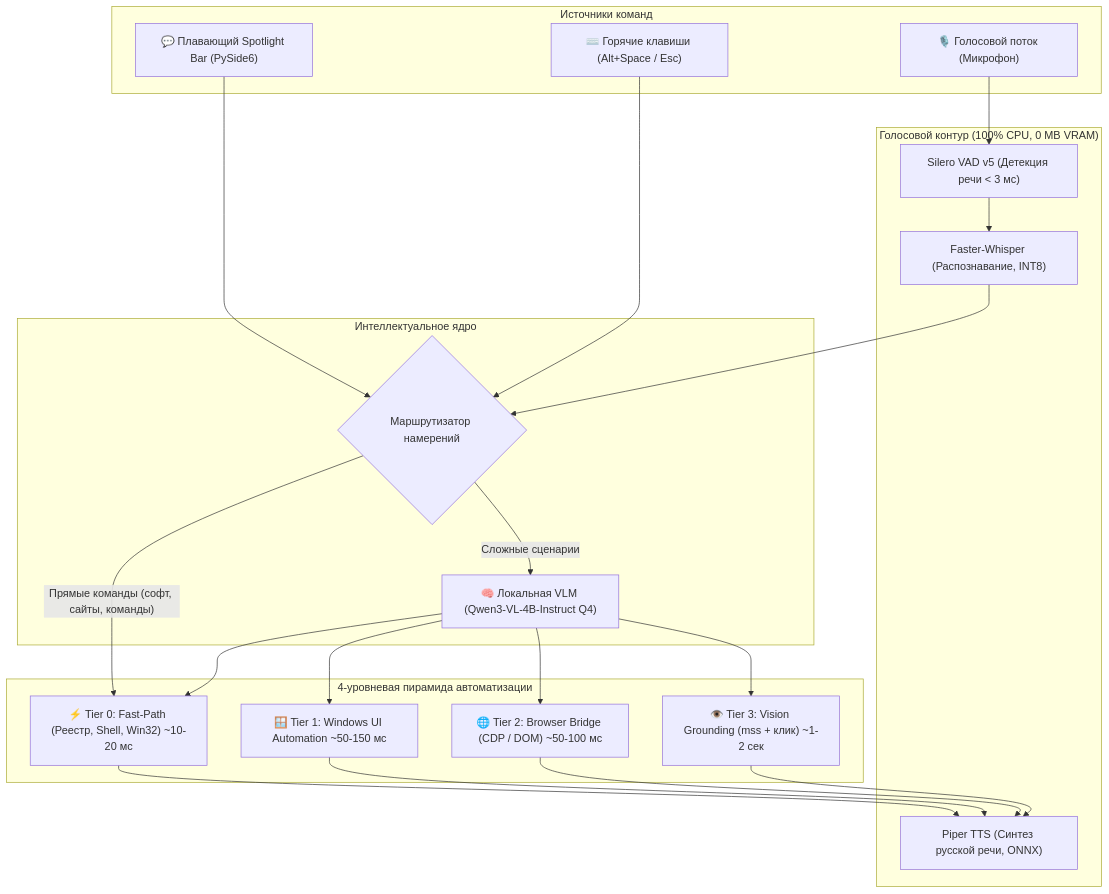
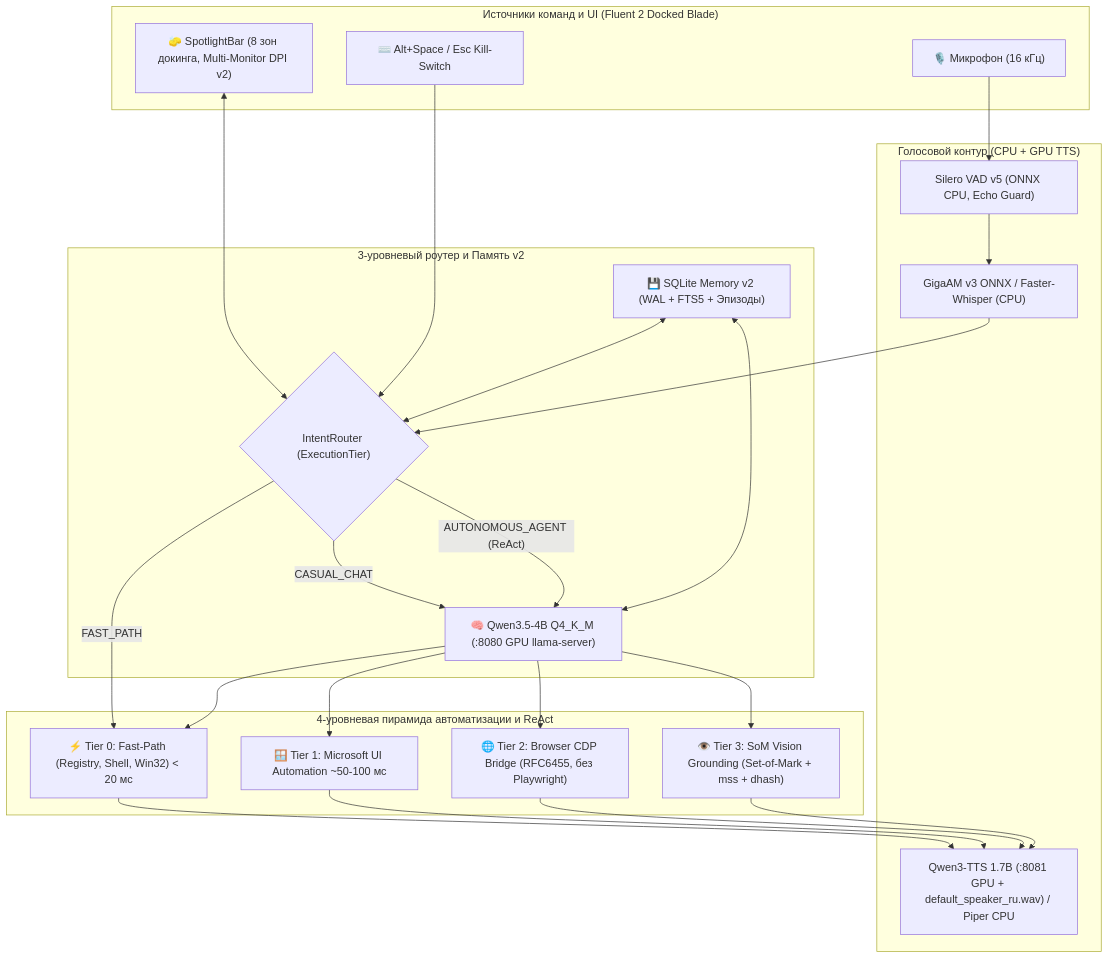
One commit to Gupkagrop/GupkaCommander changed the diagram in README.md. Above: the diagram before and after it, drawn with Mermaid. The commit also changed other lines of this file and 9 other files, not shown here.

Commit message:
feat: удаление всех зависимостей, стабильный голос Qwen3-TTS и документация GupkaCommander 2.0

````diff
--- a/README.md
+++ b/README.md
@@ -47,40 +58,41 @@
 ```mermaid
 flowchart TD
-    subgraph Ввод["Источники команд"]
-        A1["🎙️ Голосовой поток (Микрофон)"]
-        A2["💬 Плавающий Spotlight Bar (PySide6)"]
-        A3["⌨️ Горячие клавиши (Alt+Space / Esc)"]
+    subgraph Ввод["Источники команд и UI (Fluent 2 Docked Blade)"]
+        A1["🎙️ Микрофон (16 кГц)"]
+        A2["🧽 SpotlightBar (8 зон докинга, Multi-Monitor DPI v2)"]
+        A3["⌨️ Alt+Space / Esc Kill-Switch"]
     end
 
-    subgraph ГолосовойКонтур["Голосовой контур (100% CPU, 0 MB VRAM)"]
-        B1["Silero VAD v5 (Детекция речи < 3 мс)"]
-        B2["Faster-Whisper (Распознавание, INT8)"]
-        B3["Piper TTS (Синтез русской речи, ONNX)"]
+    subgraph Голос["Голосовой контур (CPU + GPU TTS)"]
+        B1["Silero VAD v5 (ONNX CPU, Echo Guard)"]
+        B2["GigaAM v3 ONNX / Faster-Whisper (CPU)"]
+        B3["Qwen3-TTS 1.7B (:8081 GPU + default_speaker_ru.wav) / Piper CPU"]
     end
 
-    subgraph Маршрутизация["Интеллектуальное ядро"]
-        C1{"Маршрутизатор намерений"}
-        C2["🧠 Локальная VLM (Qwen3-VL-4B-Instruct Q4)"]
+    subgraph Ядро["3-уровневый роутер и Память v2"]
+        C1{"IntentRouter (ExecutionTier)"}
+        C2["💾 SQLite Memory v2 (WAL + FTS5 + Эпизоды)"]
+        C3["🧠 Qwen3.5-4B Q4_K_M (:8080 GPU llama-server)"]
     end
 
-    subgraph Исполнение["4-уровневая пирамида автоматизации"]
-        D0["⚡ Tier 0: Fast-Path (Реестр, Shell, Win32) ~10-20 мс"]
-        D1["🪟 Tier 1: Windows UI Automation ~50-150 мс"]
-        D2["🌐 Tier 2: Browser Bridge (CDP / DOM) ~50-100 мс"]
-        D3["👁️ Tier 3: Vision Grounding (mss + клик) ~1-2 сек"]
+    subgraph Исполнение["4-уровневая пирамида автоматизации и ReAct"]
+        D0["⚡ Tier 0: Fast-Path (Registry, Shell, Win32) < 20 мс"]
+        D1["🪟 Tier 1: Microsoft UI Automation ~50-100 мс"]
+        D2["🌐 Tier 2: Browser CDP Bridge (RFC6455, без Playwright)"]
+        D3["👁️ Tier 3: SoM Vision Grounding (Set-of-Mark + mss + dhash)"]
     end
 
     A1 --> B1 --> B2 --> C1
-    A2 --> C1
+    A2 <--> C1
     A3 --> C1
 
-    C1 -- "Прямые команды (софт, сайты, команды)" --> D0
-    C1 -- "Сложные сценарии" --> C2
+    C1 -- "FAST_PATH" --> D0
+    C1 -- "CASUAL_CHAT" --> C3
+    C1 -- "AUTONOMOUS_AGENT (ReAct)" --> C3
 
-    C2 --> D0
-    C2 --> D1
-    C2 --> D2
-    C2 --> D3
+    C2 <--> C1
+    C2 <--> C3
 
+    C3 --> D0 & D1 & D2 & D3
     D0 & D1 & D2 & D3 --> B3
 ```
````
